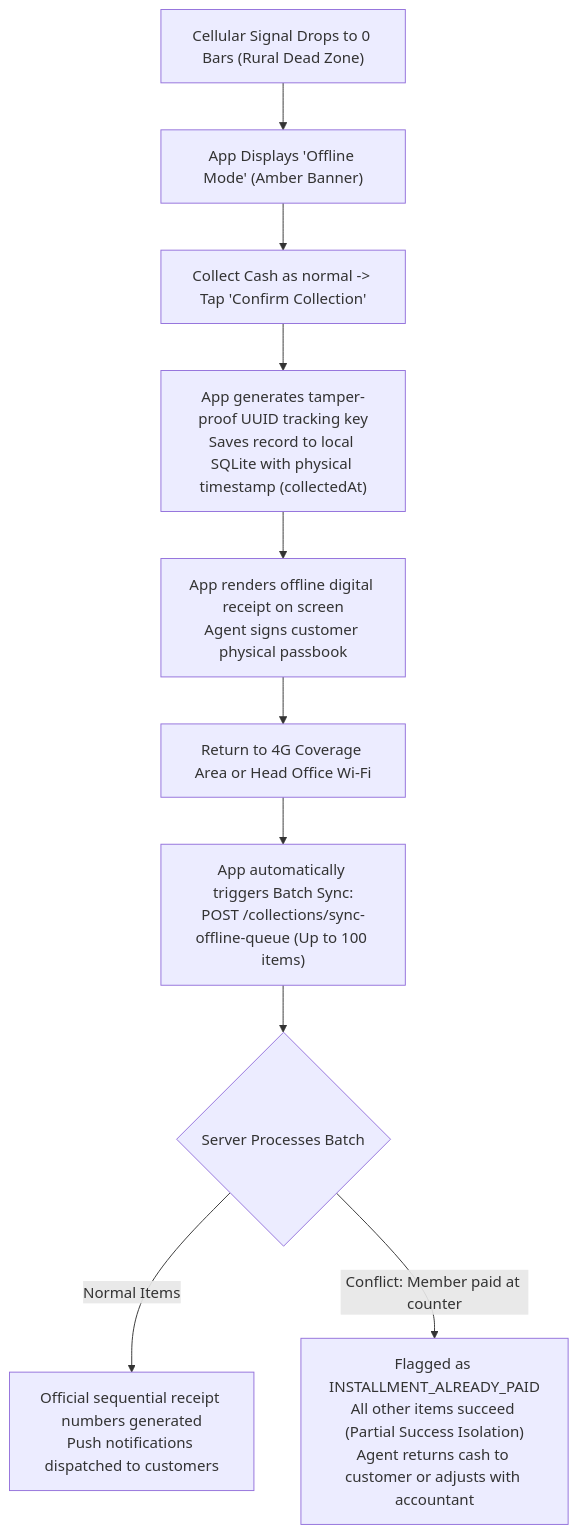
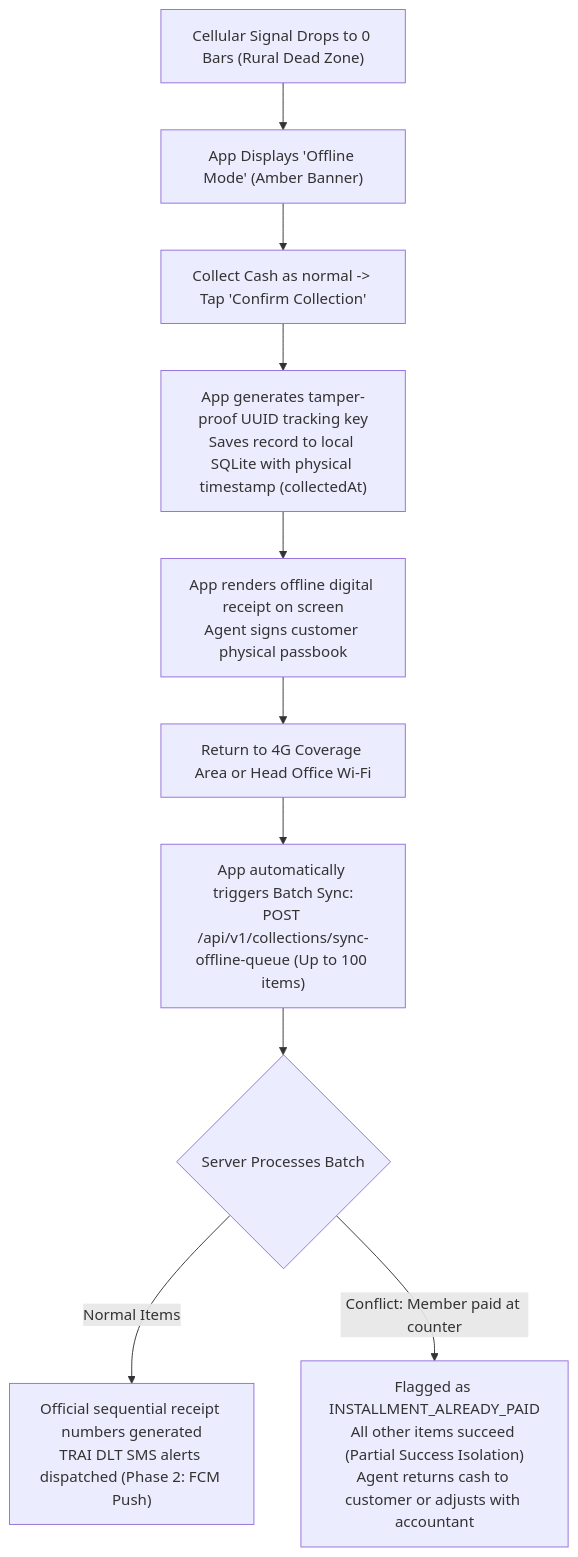
One commit to Kathir-24/Kumaran-finance changed the fifth of 9 diagrams in docs/07-operations/user-manuals/agent-mobile-manual.md. Above: the diagram before and after it, drawn with Mermaid. The commit also changed other lines of this file and 4 other files, not shown here.

````diff
--- a/docs/07-operations/user-manuals/agent-mobile-manual.md
+++ b/docs/07-operations/user-manuals/agent-mobile-manual.md
@@ -124,12 +128,12 @@
 ```mermaid
 flowchart TD
     DeadZone["Cellular Signal Drops to 0 Bars (Rural Dead Zone)"] --> Indicator["App Displays 'Offline Mode' (Amber Banner)"]
     Indicator --> CollectOffline["Collect Cash as normal -> Tap 'Confirm Collection'"]
     CollectOffline --> LocalStorage["App generates tamper-proof UUID tracking key\nSaves record to local SQLite with physical timestamp (collectedAt)"]
     LocalStorage --> IssueLocalReceipt["App renders offline digital receipt on screen\nAgent signs customer physical passbook"]
     IssueLocalReceipt --> MoveToNetwork["Return to 4G Coverage Area or Head Office Wi-Fi"]
-    MoveToNetwork --> BatchSync["App automatically triggers Batch Sync:\nPOST /collections/sync-offline-queue (Up to 100 items)"]
+    MoveToNetwork --> BatchSync["App automatically triggers Batch Sync:\nPOST /api/v1/collections/sync-offline-queue (Up to 100 items)"]
     BatchSync --> ServerResponse{"Server Processes Batch"}
-    ServerResponse -- "Normal Items" --> Success["Official sequential receipt numbers generated\nPush notifications dispatched to customers"]
+    ServerResponse -- "Normal Items" --> Success["Official sequential receipt numbers generated\nTRAI DLT SMS alerts dispatched (Phase 2: FCM Push)"]
     ServerResponse -- "Conflict: Member paid at counter" --> Conflict["Flagged as INSTALLMENT_ALREADY_PAID\nAll other items succeed (Partial Success Isolation)\nAgent returns cash to customer or adjusts with accountant"]
 ```
````
